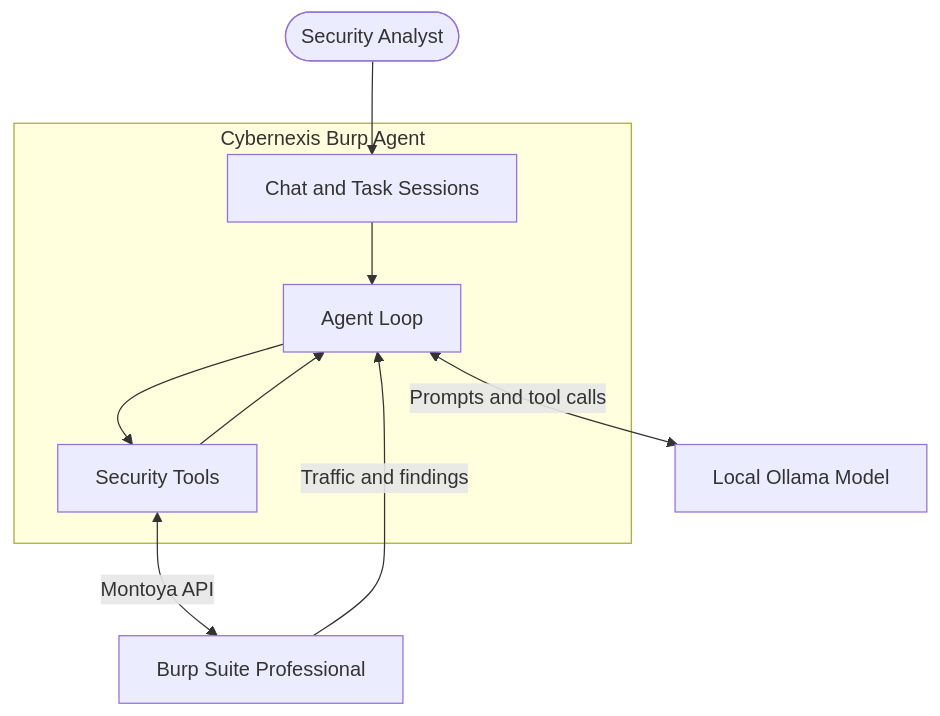
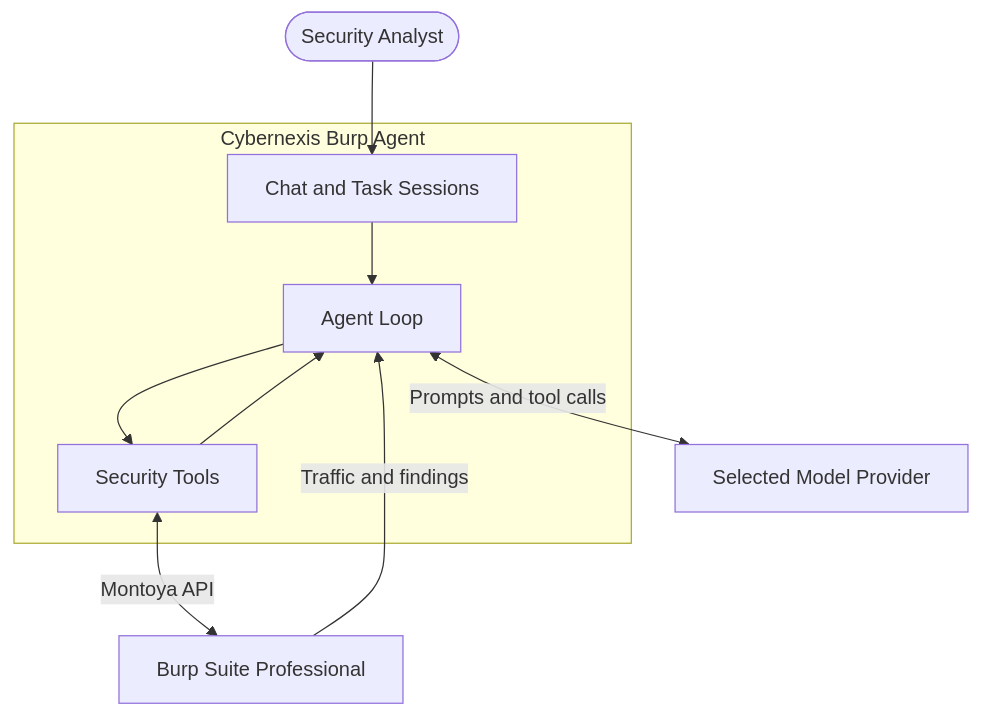
The diagram in README.md (caglarcakici/cybernexis-burp-agent), drawn with Mermaid before and after one commit. The commit also changed other lines of this file and 10 other files, not shown here.

````diff
--- a/README.md
+++ b/README.md
@@ -14,22 +14,22 @@
 ```mermaid
 flowchart TD
     U([Security Analyst])
 
     subgraph C[Cybernexis Burp Agent]
         UI[Chat and Task Sessions]
         LOOP[Agent Loop]
         TOOLS[Security Tools]
 
         UI --> LOOP
         LOOP --> TOOLS
         TOOLS --> LOOP
     end
 
-    O[Local Ollama Model]
+    O[Selected Model Provider]
     B[Burp Suite Professional]
 
     U --> UI
     LOOP <-->|Prompts and tool calls| O
     TOOLS <-->|Montoya API| B
     B -->|Traffic and findings| LOOP
 ```
````
